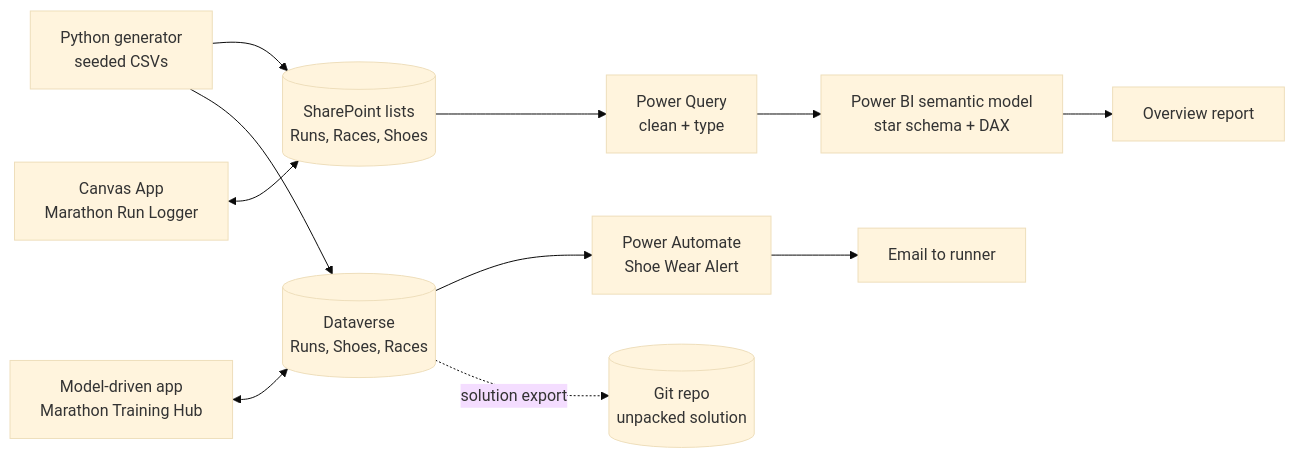
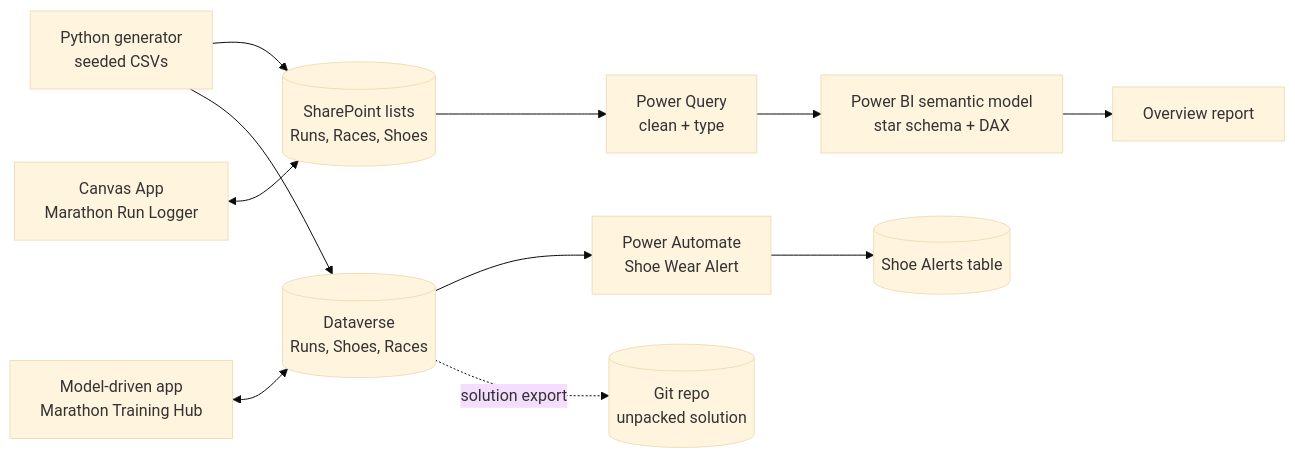
The first of 2 diagrams in marathon-tracker/docs/architecture.md (Mishmoready/Project_2026), drawn with Mermaid (base theme) before and after one commit. The commit also changed other lines of this file and 24 other files, not shown here.

````diff
--- a/marathon-tracker/docs/architecture.md
+++ b/marathon-tracker/docs/architecture.md
@@ -9,10 +9,10 @@
 ```mermaid
 flowchart LR
     CSV[Python generator<br/>seeded CSVs] --> SP[(SharePoint lists<br/>Runs, Races, Shoes)]
     CSV --> DV[(Dataverse<br/>Runs, Shoes, Races)]
     CA[Canvas App<br/>Marathon Run Logger] <--> SP
     MDA[Model-driven app<br/>Marathon Training Hub] <--> DV
-    DV --> FLOW[Power Automate<br/>Shoe Wear Alert] --> MAIL[Email to runner]
+    DV --> FLOW[Power Automate<br/>Shoe Wear Alert] --> ALERT[(Shoe Alerts table)]
     SP --> PQ[Power Query<br/>clean + type] --> SM[Power BI semantic model<br/>star schema + DAX] --> RPT[Overview report]
     DV -. solution export .-> GIT[(Git repo<br/>unpacked solution)]
 ```
````
